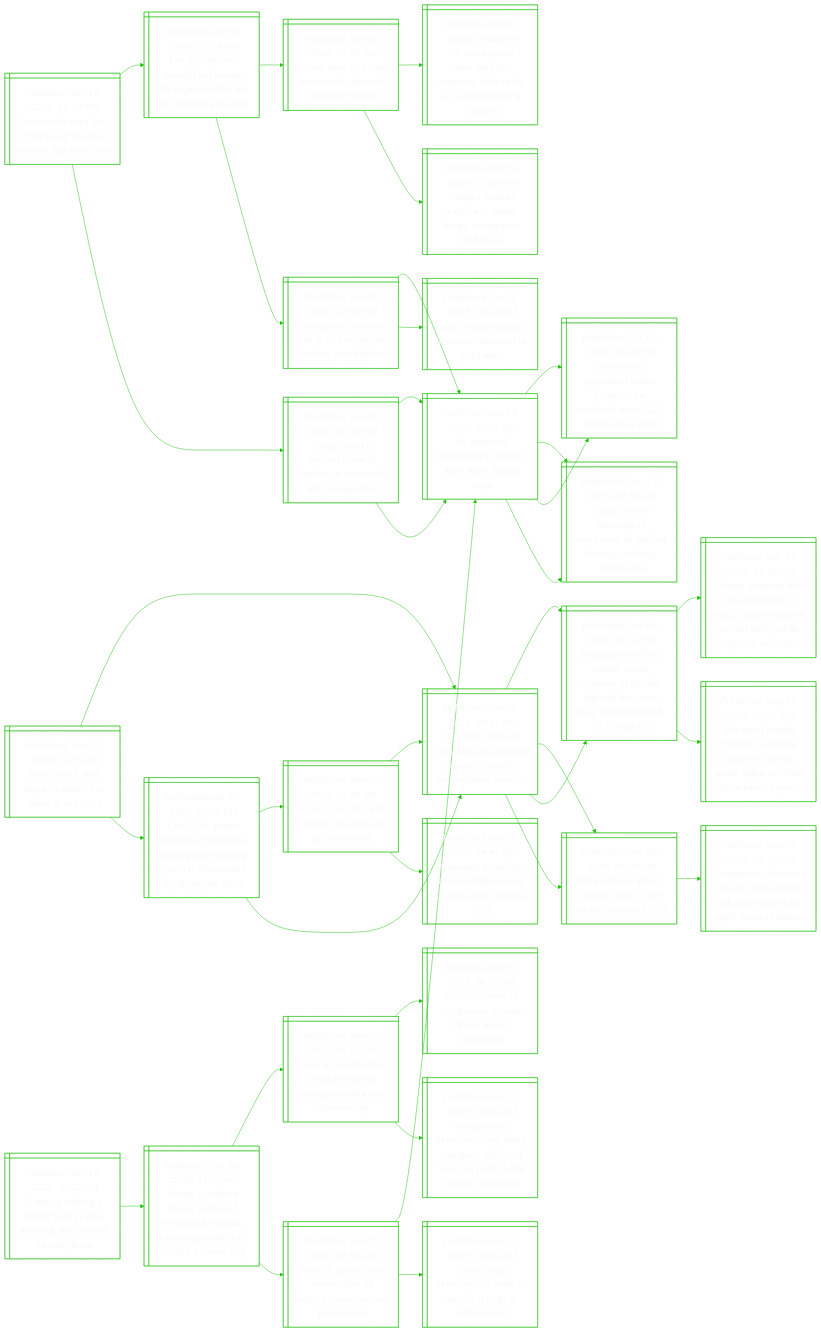
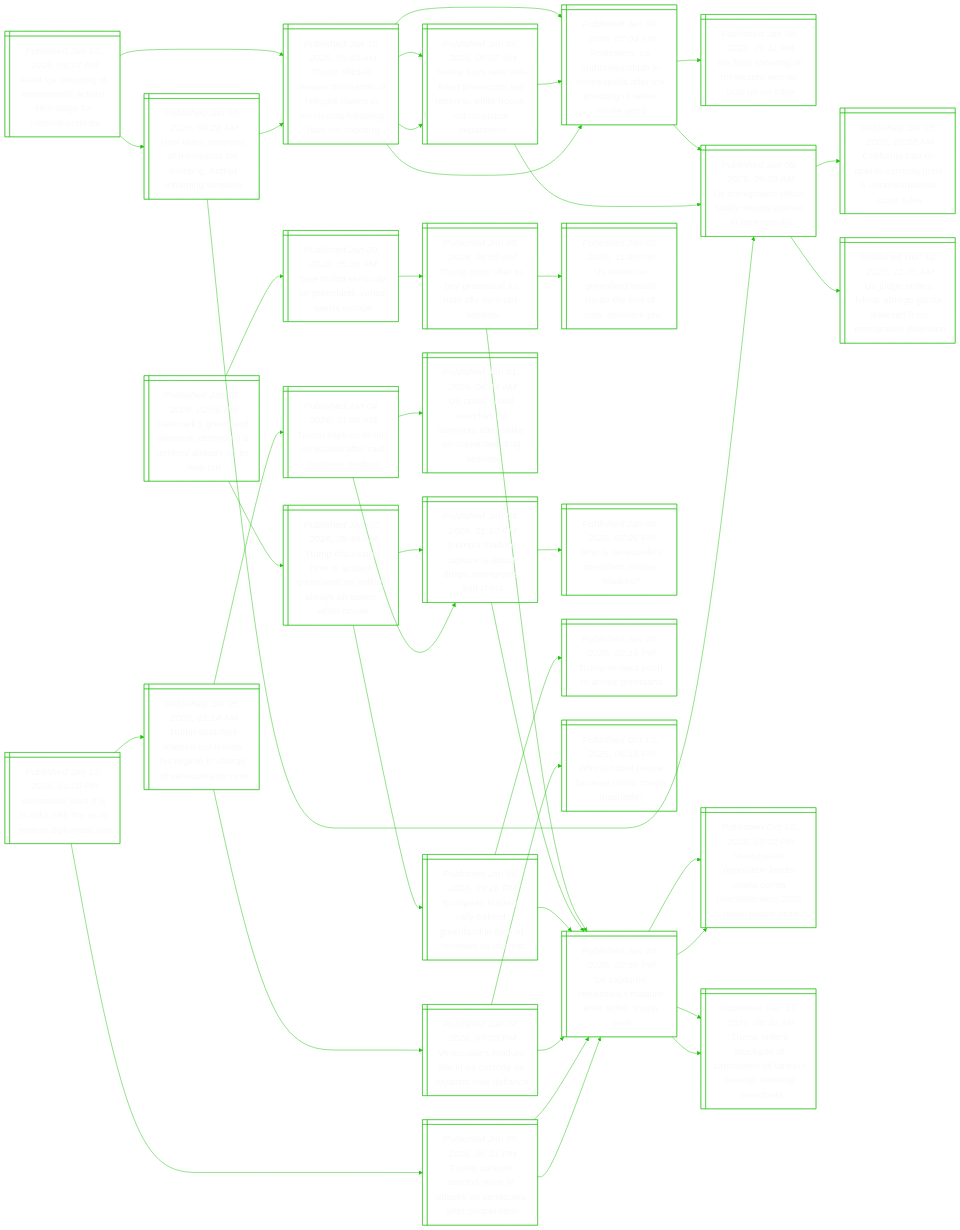
One commit to notJmes/notJmes changed the diagram in README.md. Above: the diagram before and after it, drawn with Mermaid. The commit also changed other lines of this file, not shown here.

````diff
--- a/README.md
+++ b/README.md
@@ -15,6 +15,89 @@
 %%{init: {'theme':'base', 'themeVariables': {'primaryColor': "transparent", 'primaryTextColor': "#F9F9F9", 'lineColor': "#20C20E", 'primaryBorderColor':'#20C20E'}}}%%
 flowchart LR
 classDef txtsize font-size:20px;
+
+FIognocsseaat@{ shape: win-pane, label: "_Published Jan 10, 2026, 03:27 PM_
+Fatal ice shooting of minneapolis activist sets stage for national protests" }
+ToietafganefwaCo@{ shape: win-pane, label: "_Published Jan 10, 2026, 09:40 AM_
+Trump officials reopen thousands of refugee claims in minnesota following fatal ice shooting" }
+PsUhiaMasrhneiG@{ shape: win-pane, label: "_Published Jan 09, 2026, 07:04 AM_
+Protesters, us authorities clash in minneapolis after ice shooting of renee nicole good" }
+Itogntase@{ shape: win-pane, label: "_Published Jan 08, 2026, 06:11 PM_
+Ice fatal shooting of minnesota woman puts us on edge" }
+UiifflomMas@{ shape: win-pane, label: "_Published Jan 08, 2026, 06:35 AM_
+Us immigration officer fatally shoots woman in minneapolis" }
+VseiderrtiutsDt@{ shape: win-pane, label: "_Published Jan 09, 2026, 08:07 AM_
+Vance says new anti-fraud prosecutor will report to white house, not us justice department" }
+UiifflomMas@{ shape: win-pane, label: "_Published Jan 08, 2026, 06:35 AM_
+Us immigration officer fatally shoots woman in minneapolis" }
+PsUhiaMasrhneiG@{ shape: win-pane, label: "_Published Jan 09, 2026, 07:04 AM_
+Protesters, us authorities clash in minneapolis after ice shooting of renee nicole good" }
+Ndeonahntnins@{ shape: win-pane, label: "_Published Jan 10, 2026, 09:28 AM_
+New video emerges of minnesota ice shooting, further inflaming tensions" }
+UiifflomMas@{ shape: win-pane, label: "_Published Jan 08, 2026, 06:35 AM_
+Us immigration officer fatally shoots woman in minneapolis" }
+Coboyyuustlts@{ shape: win-pane, label: "_Published Jan 03, 2026, 10:23 AM_
+California ban on openly carrying guns is unconstitutional, court rules" }
+UgelbGaarmtei@{ shape: win-pane, label: "_Published Dec 12, 2025, 12:45 AM_
+Us judge orders kilmar abrego garcia released from immigration detention" }
+ToietafganefwaCo@{ shape: win-pane, label: "_Published Jan 10, 2026, 09:40 AM_
+Trump officials reopen thousands of refugee claims in minnesota following fatal ice shooting" }
+PsUhiaMasrhneiG@{ shape: win-pane, label: "_Published Jan 09, 2026, 07:04 AM_
+Protesters, us authorities clash in minneapolis after ice shooting of renee nicole good" }
+VseiderrtiutsDt@{ shape: win-pane, label: "_Published Jan 09, 2026, 08:07 AM_
+Vance says new anti-fraud prosecutor will report to white house, not us justice department" }
+
+FIognocsseaat:::txtsize --> ToietafganefwaCo:::txtsize
+ToietafganefwaCo:::txtsize --> PsUhiaMasrhneiG:::txtsize
+PsUhiaMasrhneiG:::txtsize --> Itogntase:::txtsize
+PsUhiaMasrhneiG:::txtsize --> UiifflomMas:::txtsize
+ToietafganefwaCo:::txtsize --> VseiderrtiutsDt:::txtsize
+VseiderrtiutsDt:::txtsize --> UiifflomMas:::txtsize
+VseiderrtiutsDt:::txtsize --> PsUhiaMasrhneiG:::txtsize
+FIognocsseaat:::txtsize --> Ndeonahntnins:::txtsize
+Ndeonahntnins:::txtsize --> UiifflomMas:::txtsize
+UiifflomMas:::txtsize --> Coboyyuustlts:::txtsize
+UiifflomMas:::txtsize --> UgelbGaarmtei:::txtsize
+Ndeonahntnins:::txtsize --> ToietafganefwaCo:::txtsize
+ToietafganefwaCo:::txtsize --> PsUhiaMasrhneiG:::txtsize
+ToietafganefwaCo:::txtsize --> VseiderrtiutsDt:::txtsize
+
+Dreneeieorowt@{ shape: win-pane, label: "_Published Jan 10, 2026, 02:06 PM_
+Denmark’s greenland dilemma: defending a territory already on its way out" }
+TresGlaau@{ shape: win-pane, label: "_Published Jan 09, 2026, 05:28 AM_
+Take trump seriously on greenland, vance warns europe" }
+TpotGlsaekh@{ shape: win-pane, label: "_Published Jan 08, 2026, 01:59 AM_
+Trump plots offer to buy greenland as nato ally denmark seethes" }
+UtVuMorkms@{ shape: win-pane, label: "_Published Jan 03, 2026, 02:58 PM_
+Us captured venezuela’s maduro after strike, trump says" }
+UaGloeefDr@{ shape: win-pane, label: "_Published Jan 05, 2026, 11:40 PM_
+Us attack on greenland would mean the end of nato: denmark pm" }
+TdsharedlyypWH@{ shape: win-pane, label: "_Published Jan 07, 2026, 05:46 AM_
+Trump discussing how to acquire greenland; us military always an option: white house" }
+Tsrtstsgsh@{ shape: win-pane, label: "_Published Jan 04, 2026, 01:10 PM_
+Trump’s maduro capture is about drugs, immigrants and china" }
+UtVuMorkms@{ shape: win-pane, label: "_Published Jan 03, 2026, 02:58 PM_
+Us captured venezuela’s maduro after strike, trump says" }
+WVuPdisr@{ shape: win-pane, label: "_Published Jan 03, 2026, 07:25 PM_
+Who is venezuela’s president nicolas maduro?" }
+EearbdnienUe@{ shape: win-pane, label: "_Published Jan 06, 2026, 09:26 PM_
+European leaders rally behind greenland in face of renewed us interest" }
+Trsteed@{ shape: win-pane, label: "_Published Jan 05, 2026, 02:16 PM_
+Trump renews push to annex greenland" }
+UtVuMorkms@{ shape: win-pane, label: "_Published Jan 03, 2026, 02:58 PM_
+Us captured venezuela’s maduro after strike, trump says" }
+
+Dreneeieorowt:::txtsize --> TresGlaau:::txtsize
+TresGlaau:::txtsize --> TpotGlsaekh:::txtsize
+TpotGlsaekh:::txtsize --> UtVuMorkms:::txtsize
+TpotGlsaekh:::txtsize --> UaGloeefDr:::txtsize
+Dreneeieorowt:::txtsize --> TdsharedlyypWH:::txtsize
+TdsharedlyypWH:::txtsize --> Tsrtstsgsh:::txtsize
+Tsrtstsgsh:::txtsize --> UtVuMorkms:::txtsize
+Tsrtstsgsh:::txtsize --> WVuPdisr:::txtsize
+TdsharedlyypWH:::txtsize --> EearbdnienUe:::txtsize
+EearbdnienUe:::txtsize --> Trsteed:::txtsize
+EearbdnienUe:::txtsize --> UtVuMorkms:::txtsize
 
 Vuaiaierrlis@{ shape: win-pane, label: "_Published Jan 10, 2026, 01:00 PM_
 Venezuela says it is in talks with the us to restore diplomatic ties" }
@@ -62,72 +145,4 @@
 UtVuMorkms:::txtsize --> Vuoilranhibai:::txtsize
 UtVuMorkms:::txtsize --> Toskftdasitgz:::txtsize
 
-BmnvttoE@{ shape: win-pane, label: "_Published Jan 10, 2026, 11:25 AM_
-Brew, smell, and serve: ai steals the show at ces 2026" }
-Cahsodcaesiee@{ shape: win-pane, label: "_Published Jan 05, 2026, 07:45 PM_
-Ces 2026: brands showcase ai-powered devices that offer personalised services" }
-Bgdrstepcglehgoon@{ shape: win-pane, label: "_Published Jan 05, 2026, 01:01 PM_
-Baggage-handling robots, smart systems to predict flight delays: new tech being explored for changi’s t5" }
-CiohrhieoTbllgne@{ shape: win-pane, label: "_Published Dec 15, 2025, 12:42 PM_
-Changi airport to hold free exhibition in early 2026 on how t5 will be built; public sign-ups now open" }
-PgkuCiolSftoeep@{ shape: win-pane, label: "_Published May 14, 2025, 03:37 PM_
-Pm wong breaks ground on changi airport t5; all sia, scoot flights to move there when it opens" }
-Oottedorf@{ shape: win-pane, label: "_Published Dec 29, 2025, 05:00 AM_
-2026 outlook: what’s next for tech – and the top stories of 2025" }
-Spamaoesamhgude@{ shape: win-pane, label: "_Published Nov 05, 2025, 08:53 PM_
-Singapore parliament passes online harms bill after more than eight hours of debate" }
-Cpteckibooscbges@{ shape: win-pane, label: "_Published Jan 07, 2026, 07:45 PM_
-Ces 2026: paper batteries, blackjack-playing robot among products showcased by singapore firms" }
-Fuorntpob@{ shape: win-pane, label: "_Published Jan 07, 2026, 11:35 AM_
-From music to mind reading: ai start-ups bet on earbuds" }
-Cahsodcaesiee@{ shape: win-pane, label: "_Published Jan 05, 2026, 07:45 PM_
-Ces 2026: brands showcase ai-powered devices that offer personalised services" }
-Snoimecmot@{ shape: win-pane, label: "_Published Jan 05, 2026, 04:45 PM_
-Samsung to double its ai mobile devices to 800 million units in 2026" }
-Cahsodcaesiee@{ shape: win-pane, label: "_Published Jan 05, 2026, 07:45 PM_
-Ces 2026: brands showcase ai-powered devices that offer personalised services" }
-Bgdrstepcglehgoon@{ shape: win-pane, label: "_Published Jan 05, 2026, 01:01 PM_
-Baggage-handling robots, smart systems to predict flight delays: new tech being explored for changi’s t5" }
-Oottedorf@{ shape: win-pane, label: "_Published Dec 29, 2025, 05:00 AM_
-2026 outlook: what’s next for tech – and the top stories of 2025" }
-
-BmnvttoE:::txtsize --> Cahsodcaesiee:::txtsize
-Cahsodcaesiee:::txtsize --> Bgdrstepcglehgoon:::txtsize
-Bgdrstepcglehgoon:::txtsize --> CiohrhieoTbllgne:::txtsize
-Bgdrstepcglehgoon:::txtsize --> PgkuCiolSftoeep:::txtsize
-Cahsodcaesiee:::txtsize --> Oottedorf:::txtsize
-Oottedorf:::txtsize --> Spamaoesamhgude:::txtsize
-BmnvttoE:::txtsize --> Cpteckibooscbges:::txtsize
-Cpteckibooscbges:::txtsize --> Fuorntpob:::txtsize
-Fuorntpob:::txtsize --> Cahsodcaesiee:::txtsize
-Fuorntpob:::txtsize --> Snoimecmot:::txtsize
-Cpteckibooscbges:::txtsize --> Cahsodcaesiee:::txtsize
-Cahsodcaesiee:::txtsize --> Bgdrstepcglehgoon:::txtsize
-Cahsodcaesiee:::txtsize --> Oottedorf:::txtsize
-
-TiiolLAcCieh@{ shape: win-pane, label: "_Published Jan 10, 2026, 11:22 AM_
-Trump is making a power play in latin america, but china is already there" }
-TcdacoeeDonpsae@{ shape: win-pane, label: "_Published Jan 08, 2026, 11:12 AM_
-Trump considers taking control of venezuela’s pdvsa, lowering oil prices to us$50 a barrel: wsj" }
-Cahoaoreatos@{ shape: win-pane, label: "_Published Jan 07, 2026, 06:56 AM_
-Caracas, washington in talks to export venezuelan oil to us, sources say" }
-TttoiWHaVu@{ shape: win-pane, label: "_Published Jan 07, 2026, 06:20 AM_
-Trump to meet oil companies at white house about venezuela" }
-TwVuVcrzpegeenpe@{ shape: win-pane, label: "_Published Jan 05, 2026, 02:15 AM_
-Trump warns venezuelan v-p delcy rodriguez will pay a ‘very big price’ if she doesn’t cooperate" }
-TsteznnCpsen@{ shape: win-pane, label: "_Published Jan 07, 2026, 07:56 PM_
-Trump’s plan to take venezuelan oil angers china, pushes prices down" }
-UtVuMorkms@{ shape: win-pane, label: "_Published Jan 03, 2026, 02:58 PM_
-Us captured venezuela’s maduro after strike, trump says" }
-TseesitoiU@{ shape: win-pane, label: "_Published Jan 07, 2026, 08:20 AM_
-Trump says venezuela to send oil worth up to $3.6 billion to us" }
-
-TiiolLAcCieh:::txtsize --> TcdacoeeDonpsae:::txtsize
-TcdacoeeDonpsae:::txtsize --> Cahoaoreatos:::txtsize
-Cahoaoreatos:::txtsize --> TttoiWHaVu:::txtsize
-Cahoaoreatos:::txtsize --> TwVuVcrzpegeenpe:::txtsize
-TcdacoeeDonpsae:::txtsize --> TsteznnCpsen:::txtsize
-TsteznnCpsen:::txtsize --> UtVuMorkms:::txtsize
-TsteznnCpsen:::txtsize --> TseesitoiU:::txtsize
-
 ```
````
